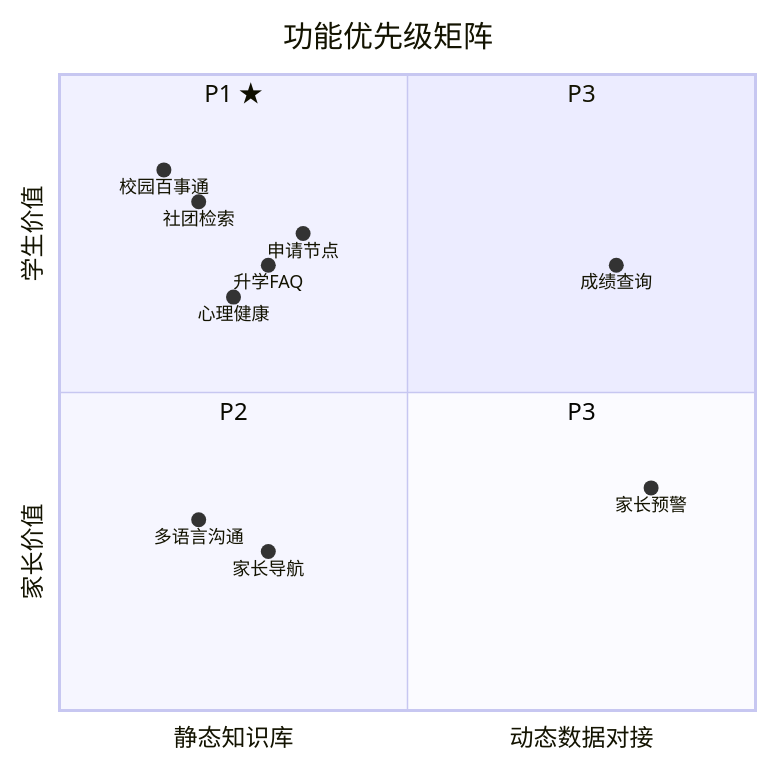
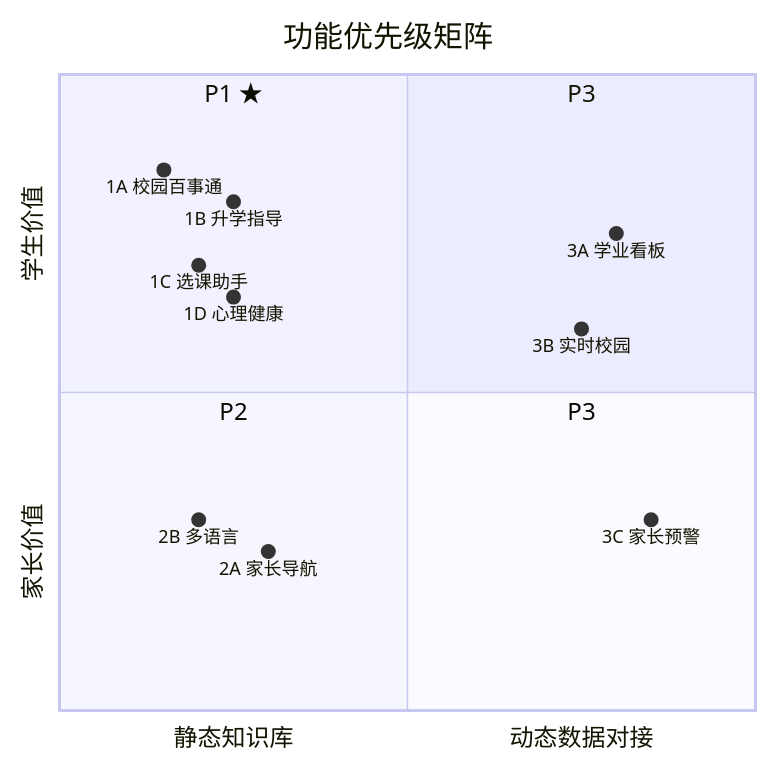
One commit to szkangjian/webb-ai changed the first of 2 diagrams in docs/roadmap-zh.md. Above: the diagram before and after it, drawn with Mermaid. The commit also changed other lines of this file and 1 other file, not shown here.

First line of the commit message:
Add detailed feature scenarios and sub-phases to roadmap (EN/ZH)

````diff
--- a/docs/roadmap-zh.md
+++ b/docs/roadmap-zh.md
@@ -13,19 +13,19 @@
 ```mermaid
 quadrantChart
     title 功能优先级矩阵
     x-axis "静态知识库" --> "动态数据对接"
     y-axis "家长价值" --> "学生价值"
     quadrant-1 "P3"
     quadrant-2 "P1 ★"
     quadrant-3 "P2"
     quadrant-4 "P3"
-    "校园百事通": [0.15, 0.85]
-    "社团检索": [0.20, 0.80]
-    "升学FAQ": [0.30, 0.70]
-    "申请节点": [0.35, 0.75]
-    "心理健康": [0.25, 0.65]
-    "多语言沟通": [0.20, 0.30]
-    "家长导航": [0.30, 0.25]
-    "成绩查询": [0.80, 0.70]
-    "家长预警": [0.85, 0.35]
+    "1A 校园百事通": [0.15, 0.85]
+    "1B 升学指导": [0.25, 0.80]
+    "1C 选课助手": [0.20, 0.70]
+    "1D 心理健康": [0.25, 0.65]
+    "2A 家长导航": [0.30, 0.25]
+    "2B 多语言": [0.20, 0.30]
+    "3A 学业看板": [0.80, 0.75]
+    "3B 实时校园": [0.75, 0.60]
+    "3C 家长预警": [0.85, 0.30]
 ```
````
